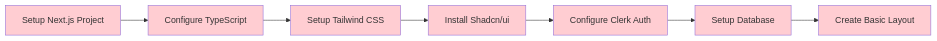
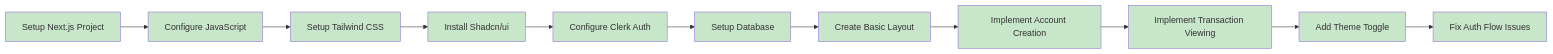
One commit to vivekprajapati-exe/finlense changed the seventh of 7 diagrams in PRD.md. Above: the diagram before and after it, drawn with Mermaid. The commit also changed other lines of this file and 20 other files, not shown here.

````diff
--- a/PRD.md
+++ b/PRD.md
@@ -819,17 +875,25 @@
 ```mermaid
 flowchart LR
-    A[Setup Next.js Project] --> B[Configure TypeScript]
+    A[Setup Next.js Project] --> B[Configure JavaScript]
     B --> C[Setup Tailwind CSS]
     C --> D[Install Shadcn/ui]
     D --> E[Configure Clerk Auth]
     E --> F[Setup Database]
     F --> G[Create Basic Layout]
+    G --> H[Implement Account Creation]
+    H --> I[Implement Transaction Viewing]
+    I --> J[Add Theme Toggle]
+    J --> K[Fix Auth Flow Issues]
     
-    style A fill:#ffcdd2
-    style B fill:#ffcdd2
-    style C fill:#ffcdd2
-    style D fill:#ffcdd2
-    style E fill:#ffcdd2
-    style F fill:#ffcdd2
-    style G fill:#ffcdd2
+    style A fill:#c8e6c9
+    style B fill:#c8e6c9
+    style C fill:#c8e6c9
+    style D fill:#c8e6c9
+    style E fill:#c8e6c9
+    style F fill:#c8e6c9
+    style G fill:#c8e6c9
+    style H fill:#c8e6c9
+    style I fill:#c8e6c9
+    style J fill:#c8e6c9
+    style K fill:#c8e6c9
 ```
````
